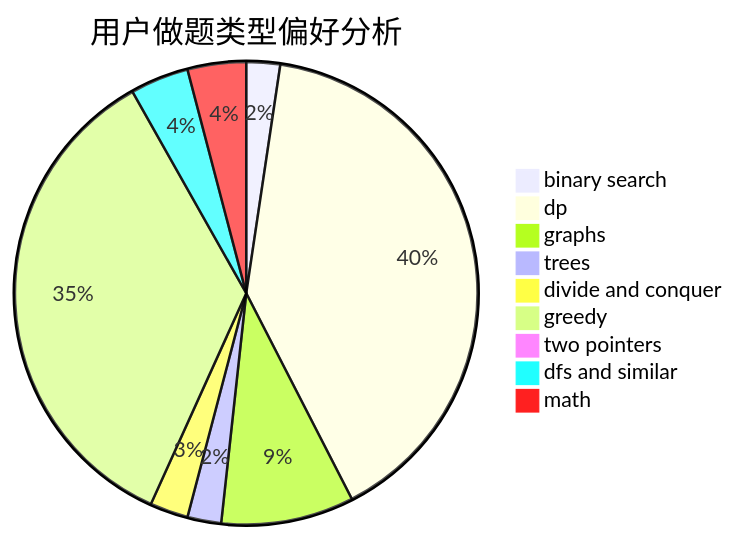
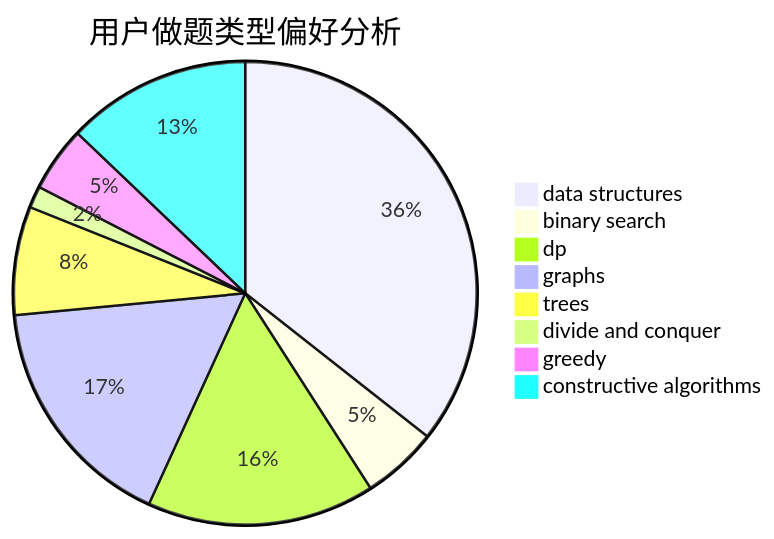
Before and after one commit to sherpahu/cfrs.github.io: the second of 3 diagrams in docs/user/u1154.md, drawn with Mermaid. The commit also changed other lines of this file and 2775 other files, not shown here.

````diff
--- a/docs/user/u1154.md
+++ b/docs/user/u1154.md
@@ -23,12 +23,11 @@
 ```mermaid
 pie title 用户做题类型偏好分析
-    "binary search" :  15
-    "dp" :  255
-    "graphs" :  59
-    "trees" :  15
-    "divide and conquer" :  17
-    "greedy" :  223
-    "two pointers" :  0
-    "dfs and similar" :  26
-    "math" :  26
+    "data structures" :  47
+    "binary search" :  7
+    "dp" :  21
+    "graphs" :  22
+    "trees" :  10
+    "divide and conquer" :  2
+    "greedy" :  6
+    "constructive algorithms" :  17
 ```
````
